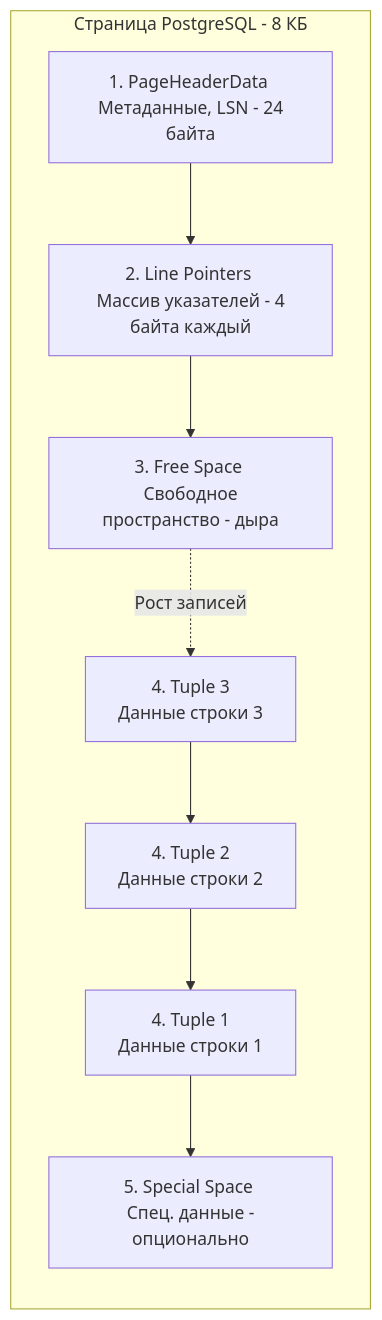
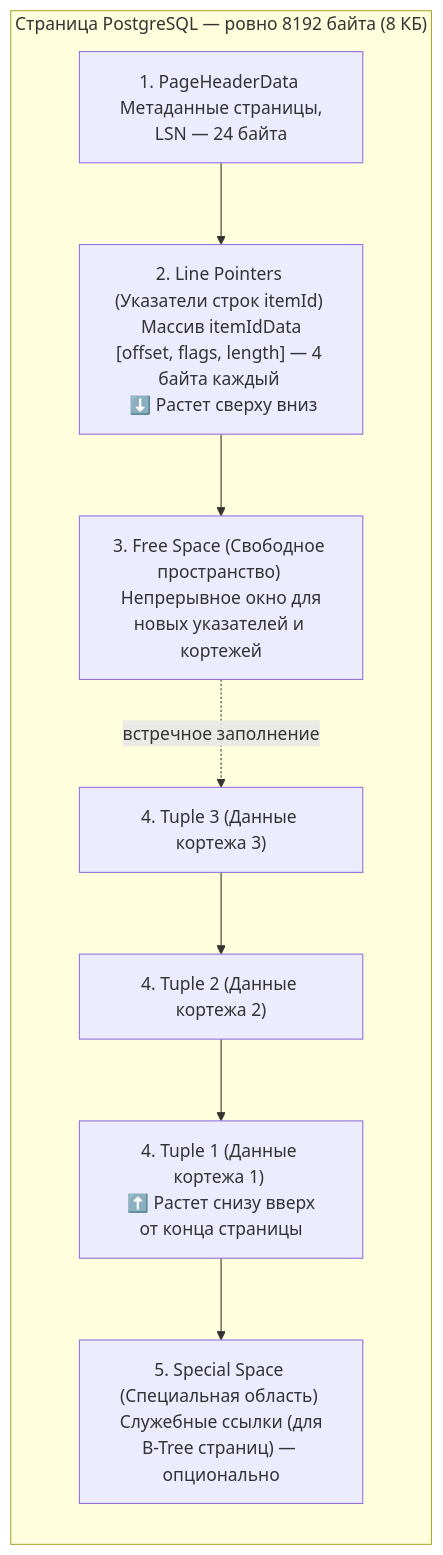
Before and after one commit to UnrealTemplier/go-textbook: the first of 2 diagrams in sources/12. Базы данных/06. PostgreSQL/2. Storage engine PostgreSQL.md, drawn with Mermaid. The commit also changed other lines of this file, not shown here.

````diff
--- a/sources/12. Базы данных/06. PostgreSQL/2. Storage engine PostgreSQL.md
+++ b/sources/12. Базы данных/06. PostgreSQL/2. Storage engine PostgreSQL.md
@@ -34,20 +49,20 @@
 ```mermaid
 flowchart TD
-    subgraph "Страница PostgreSQL - 8 КБ"
+    subgraph Page8KB ["Страница PostgreSQL — ровно 8192 байта (8 КБ)"]
         direction TB
-        PH["1. PageHeaderData <br> Метаданные, LSN - 24 байта"]
-        LP["2. Line Pointers <br> Массив указателей - 4 байта каждый"]
-        FS["3. Free Space <br> Свободное пространство - дыра"]
-        T3["4. Tuple 3 <br> Данные строки 3"]
-        T2["4. Tuple 2 <br> Данные строки 2"]
-        T1["4. Tuple 1 <br> Данные строки 1"]
-        SP["5. Special Space <br> Спец. данные - опционально"]
-        
+        PH["1. PageHeaderData <br> Метаданные страницы, LSN — 24 байта"]
+        LP["2. Line Pointers (Указатели строк itemId) <br> Массив itemIdData [offset, flags, length] — 4 байта каждый <br> ⬇️ Растет сверху вниз"]
+        FS["3. Free Space (Свободное пространство) <br> Непрерывное окно для новых указателей и кортежей"]
+        T3["4. Tuple 3 (Данные кортежа 3)"]
+        T2["4. Tuple 2 (Данные кортежа 2)"]
+        T1["4. Tuple 1 (Данные кортежа 1) <br> ⬆️ Растет снизу вверх от конца страницы"]
+        SP["5. Special Space (Специальная область) <br> Служебные ссылки (для B-Tree страниц) — опционально"]
+
         PH --> LP
         LP --> FS
-        FS -.->|"Рост записей"| T3
+        FS -.->|"встречное заполнение"| T3
         T3 --> T2
         T2 --> T1
         T1 --> SP
     end
 ```
````
